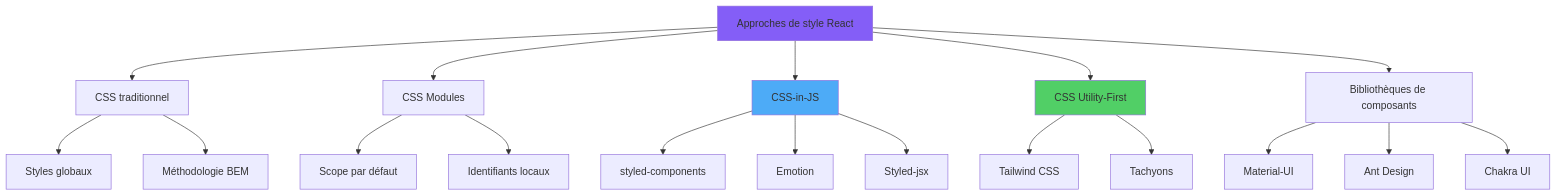
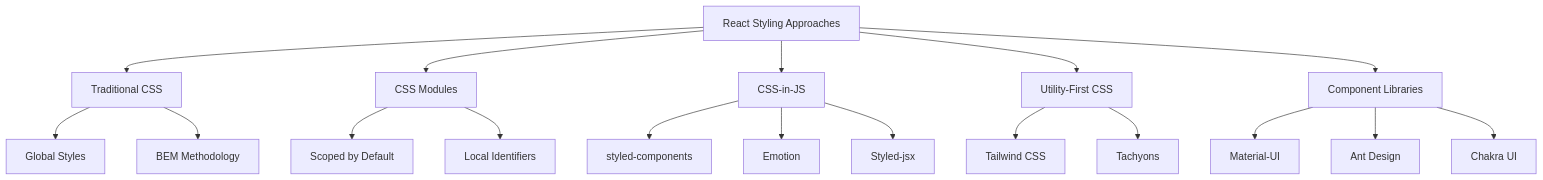
One commit to BabaScience/react-guides changed the first of 6 diagrams in arguments/chapters/fr/04-react-styling.md. Above: the diagram before and after it, drawn with Mermaid. The commit also changed other lines of this file and 29 other files, not shown here.

First line of the commit message:
Bring React FR/IT translations to full English parity + theme-safe diagrams

````diff
--- a/arguments/chapters/fr/04-react-styling.md
+++ b/arguments/chapters/fr/04-react-styling.md
@@ -22,29 +28,26 @@
 ```mermaid
 graph TD
-    A[Approches de style React] --> B[CSS traditionnel]
+    A[React Styling Approaches] --> B[Traditional CSS]
     A --> C[CSS Modules]
     A --> D[CSS-in-JS]
-    A --> E[CSS Utility-First]
-    A --> F[Bibliothèques de composants]
+    A --> E[Utility-First CSS]
+    A --> F[Component Libraries]
     
-    B --> B1[Styles globaux]
-    B --> B2[Méthodologie BEM]
+    B --> B1[Global Styles]
+    B --> B2[BEM Methodology]
     
-    C --> C1[Scope par défaut]
-    C --> C2[Identifiants locaux]
+    C --> C1[Scoped by Default]
+    C --> C2[Local Identifiers]
     
     D --> D1[styled-components]
     D --> D2[Emotion]
     D --> D3[Styled-jsx]
     
     E --> E1[Tailwind CSS]
     E --> E2[Tachyons]
     
     F --> F1[Material-UI]
     F --> F2[Ant Design]
     F --> F3[Chakra UI]
     
-    style A fill:#845ef7
-    style D fill:#4dabf7
-    style E fill:#51cf66
 ```
````
